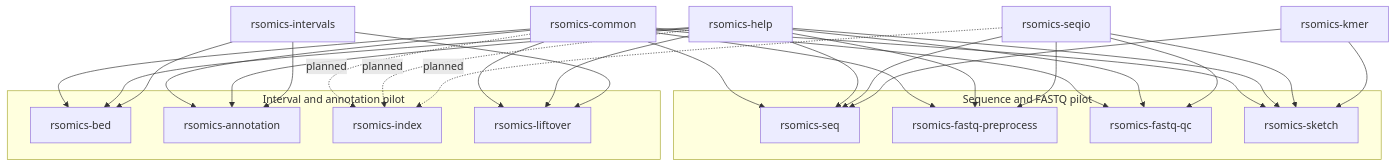
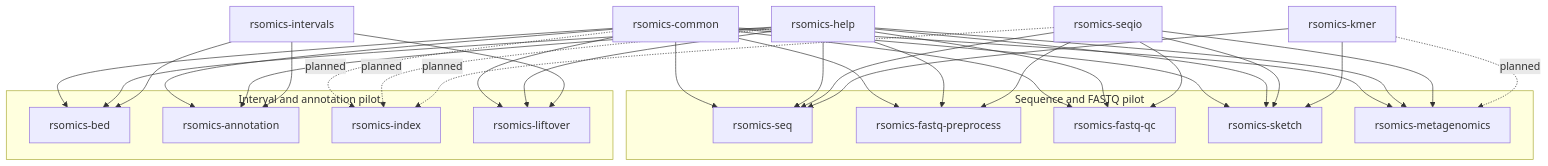
Before and after one commit to omics-rust/rsomics-world: the diagram in docs/10-products/README.md, drawn with Mermaid. The commit also changed other lines of this file and 3 other files, not shown here.

````diff
--- a/docs/10-products/README.md
+++ b/docs/10-products/README.md
@@ -69,43 +69,48 @@
 ```mermaid
 flowchart TB
     subgraph sequence["Sequence and FASTQ pilot"]
         seq["rsomics-seq"]
         prep["rsomics-fastq-preprocess"]
         qc["rsomics-fastq-qc"]
         sketch["rsomics-sketch"]
+        meta["rsomics-metagenomics"]
     end
 
     subgraph interval["Interval and annotation pilot"]
         bed["rsomics-bed"]
         annotation["rsomics-annotation"]
         index["rsomics-index"]
         liftover["rsomics-liftover"]
     end
 
     common["rsomics-common"] --> seq
     common --> prep
     common --> bed
     common --> annotation
     common --> liftover
     common --> qc
     common --> sketch
+    common --> meta
     common -. planned .-> index
     help["rsomics-help"] --> seq
     help --> prep
     help --> bed
     help --> annotation
     help --> liftover
     help --> qc
     help --> sketch
+    help --> meta
     help -. planned .-> index
     seqio["rsomics-seqio"] --> seq
     seqio --> prep
     seqio --> qc
     seqio --> sketch
+    seqio --> meta
     seqio -. planned .-> index
     kmer["rsomics-kmer"] --> seq
     kmer --> sketch
+    kmer -. planned .-> meta
     intervals["rsomics-intervals"] --> bed
     intervals --> annotation
     intervals --> liftover
 ```
````
